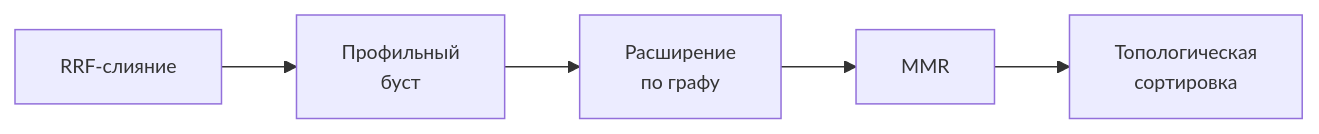
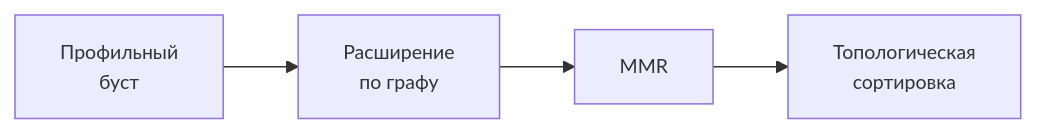
The diagram in doc/presentation/diagrams/rag-pipeline.mmd (KuBaN658/UEAT), drawn with Mermaid before and after one commit.

Commit message:
edit rag-pipeline's diagram

```diff
--- a/doc/presentation/diagrams/rag-pipeline.mmd
+++ b/doc/presentation/diagrams/rag-pipeline.mmd
@@ -1,9 +1,8 @@
 %%{init: {'themeVariables': { 'fontSize': '13px'}}}%%
 flowchart LR
-  C[RRF-слияние] --> D[Профильный 
-  буст]
-  D --> E[Расширение 
+  D[Профильный 
+  буст] --> E[Расширение 
   по графу]
   E --> F[MMR]
   F --> G[Топологическая
    сортировка]
```
